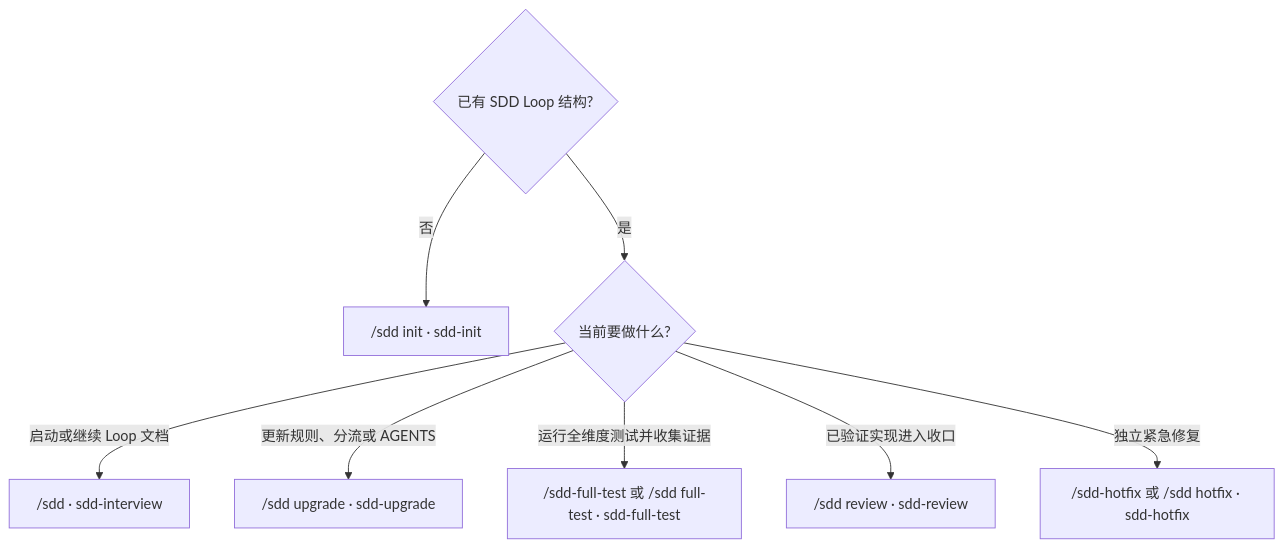
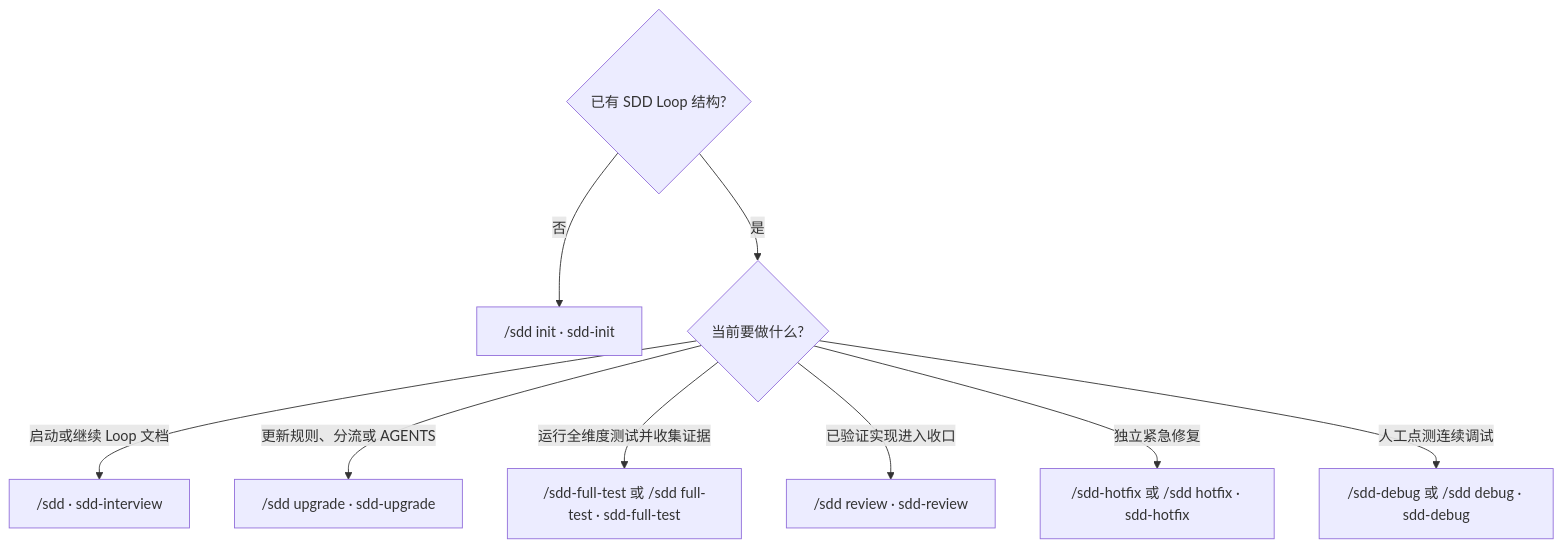
Before and after one commit to Roger0808/sdd-loop: the third of 3 diagrams in README_zh.md, drawn with Mermaid. The commit also changed other lines of this file and 17 other files, not shown here.

````diff
--- a/README_zh.md
+++ b/README_zh.md
@@ -237,11 +255,12 @@
 ```mermaid
 flowchart TD
     A{已有 SDD Loop 结构?}
     A -- 否 --> I["/sdd init · sdd-init"]
     A -- 是 --> B{当前要做什么?}
     B -- 启动或继续 Loop 文档 --> N["/sdd · sdd-interview"]
     B -- 更新规则、分流或 AGENTS --> U["/sdd upgrade · sdd-upgrade"]
     B -- 运行全维度测试并收集证据 --> T["/sdd-full-test 或 /sdd full-test · sdd-full-test"]
     B -- 已验证实现进入收口 --> R["/sdd review · sdd-review"]
     B -- 独立紧急修复 --> H["/sdd-hotfix 或 /sdd hotfix · sdd-hotfix"]
+    B -- 人工点测连续调试 --> D["/sdd-debug 或 /sdd debug · sdd-debug"]
 ```
````
